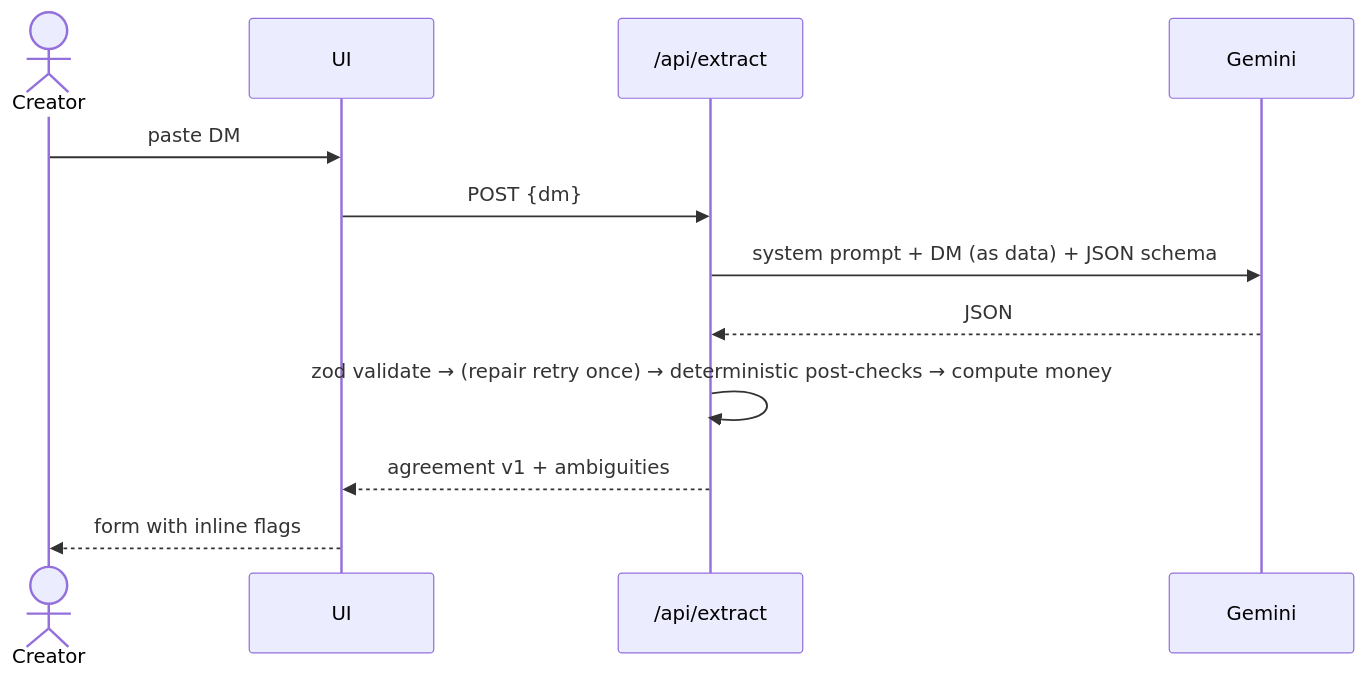
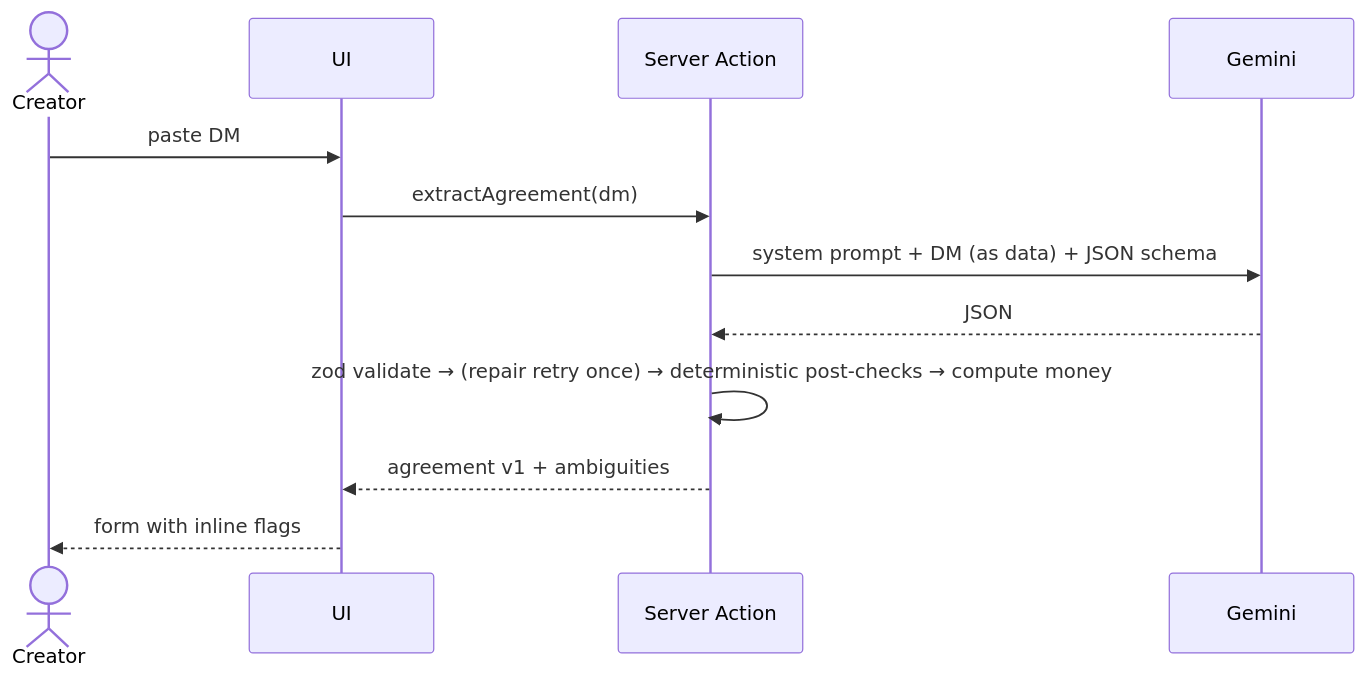
The fourth of 5 diagrams in docs/architecture.md (srios000/dmpact), drawn with Mermaid before and after one commit. The commit also changed other lines of this file and 3 other files, not shown here.

````diff
--- a/docs/architecture.md
+++ b/docs/architecture.md
@@ -153,14 +156,14 @@
 ```mermaid
 sequenceDiagram
   actor Cr as Creator
   participant UI
-  participant API as /api/extract
+  participant API as Server Action
   participant G as Gemini
   Cr->>UI: paste DM
-  UI->>API: POST {dm}
+  UI->>API: extractAgreement(dm)
   API->>G: system prompt + DM (as data) + JSON schema
   G-->>API: JSON
   API->>API: zod validate → (repair retry once) → deterministic post-checks → compute money
   API-->>UI: agreement v1 + ambiguities
   UI-->>Cr: form with inline flags
 ```
````
